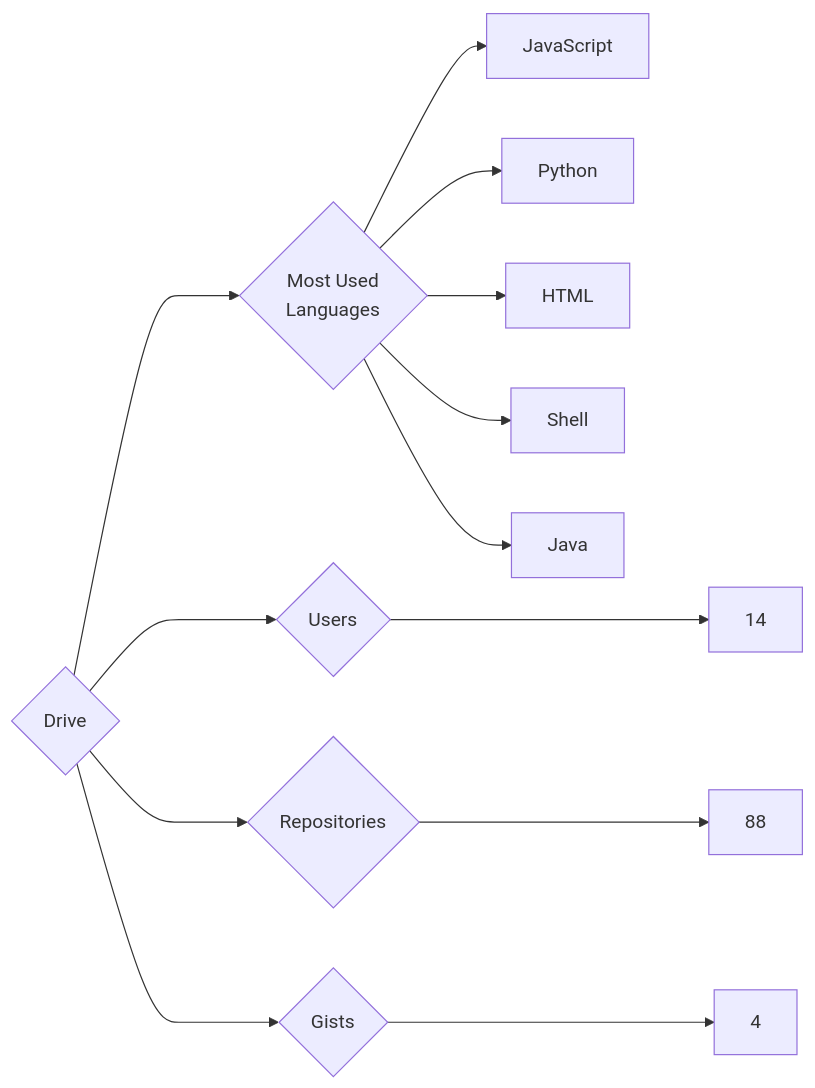
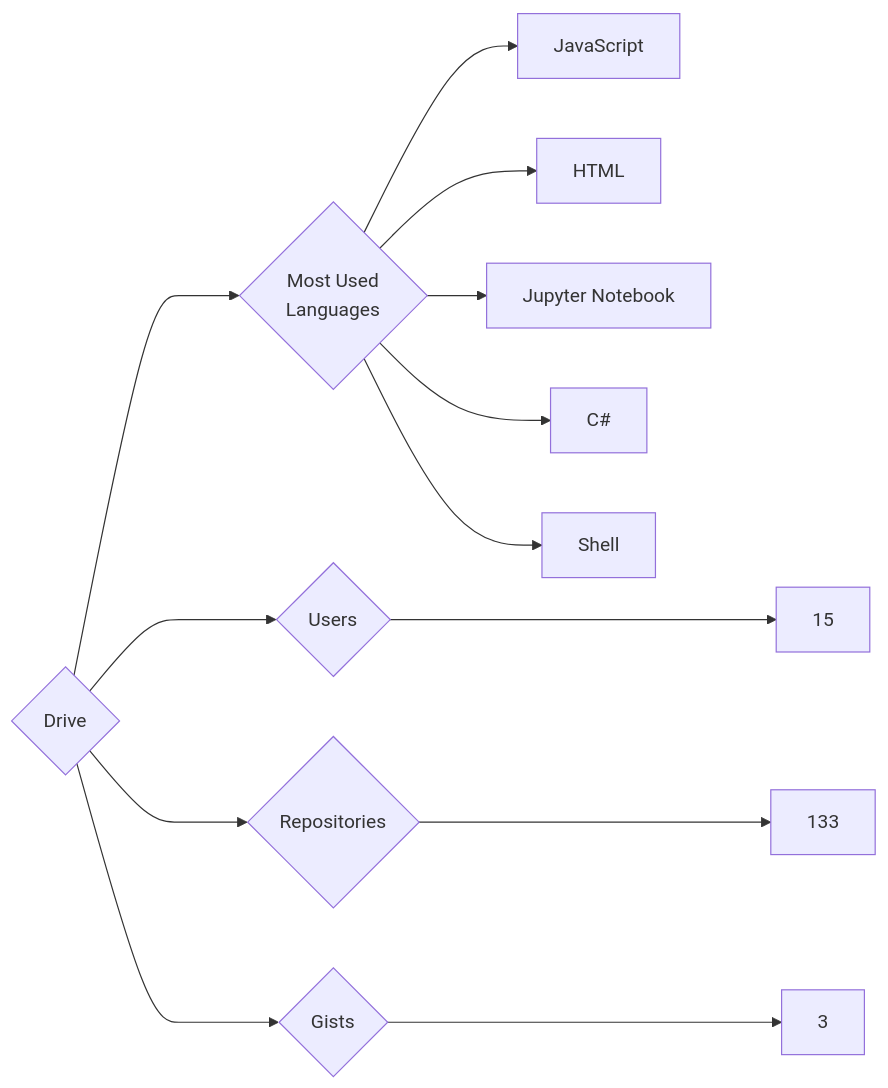
The diagram in targets/Drive/README.md (trickest/insiders), drawn with Mermaid before and after one commit. The commit also changed 749 other files, not shown here.

````diff
--- a/targets/Drive/README.md
+++ b/targets/Drive/README.md
@@ -3,13 +3,13 @@
 ```mermaid
 graph LR
 COMPANY_NAME{Drive}
-COMPANY_NAME ---> U{Users} ---> UN[14]
-COMPANY_NAME ---> R{Repositories} ---> RN[88]
-COMPANY_NAME ---> G{Gists} ---> GN[4]
+COMPANY_NAME ---> U{Users} ---> UN[15]
+COMPANY_NAME ---> R{Repositories} ---> RN[133]
+COMPANY_NAME ---> G{Gists} ---> GN[3]
 COMPANY_NAME ---> ML{Most Used<br>Languages}
 ML --> JavaScript[JavaScript]
-ML --> Python[Python]
 ML --> HTML[HTML]
+ML --> Jupyter_Notebook[Jupyter Notebook]
+ML --> C#[C#]
 ML --> Shell[Shell]
-ML --> Java[Java]
 ```
````
